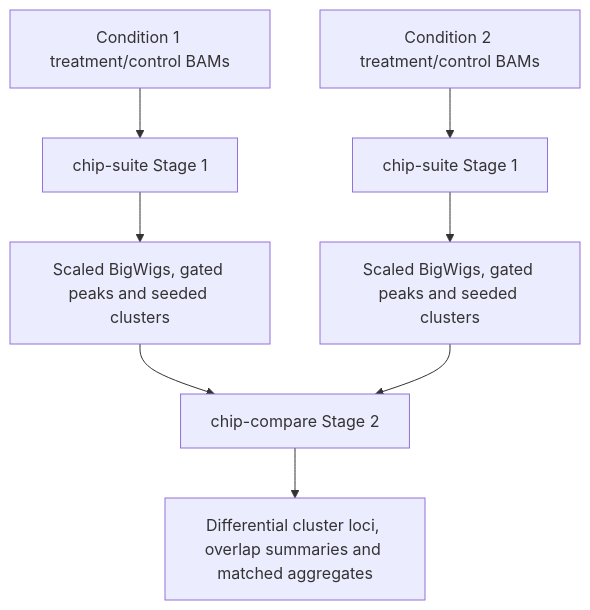
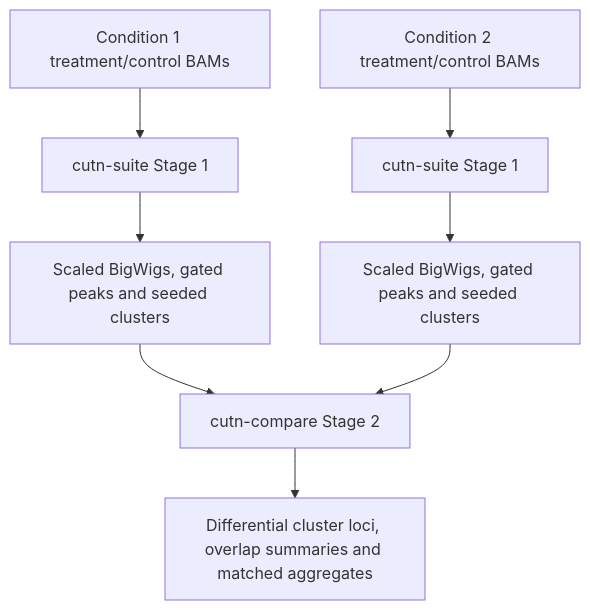
The fourth of 18 diagrams in docs/WORKFLOWS.md (adjohnston85/NucleoSuite), drawn with Mermaid before and after one commit. The commit also changed other lines of this file and 63 other files, not shown here.

````diff
--- a/docs/WORKFLOWS.md
+++ b/docs/WORKFLOWS.md
@@ -92,10 +92,10 @@
 ```mermaid
 flowchart TB
-    A[Condition 1 treatment/control BAMs] --> B[chip-suite Stage 1]
+    A[Condition 1 treatment/control BAMs] --> B[cutn-suite Stage 1]
     B --> C[Scaled BigWigs, gated peaks and seeded clusters]
-    D[Condition 2 treatment/control BAMs] --> E[chip-suite Stage 1]
+    D[Condition 2 treatment/control BAMs] --> E[cutn-suite Stage 1]
     E --> F[Scaled BigWigs, gated peaks and seeded clusters]
-    C --> G[chip-compare Stage 2]
+    C --> G[cutn-compare Stage 2]
     F --> G
     G --> H[Differential cluster loci, overlap summaries and matched aggregates]
 ```
````
